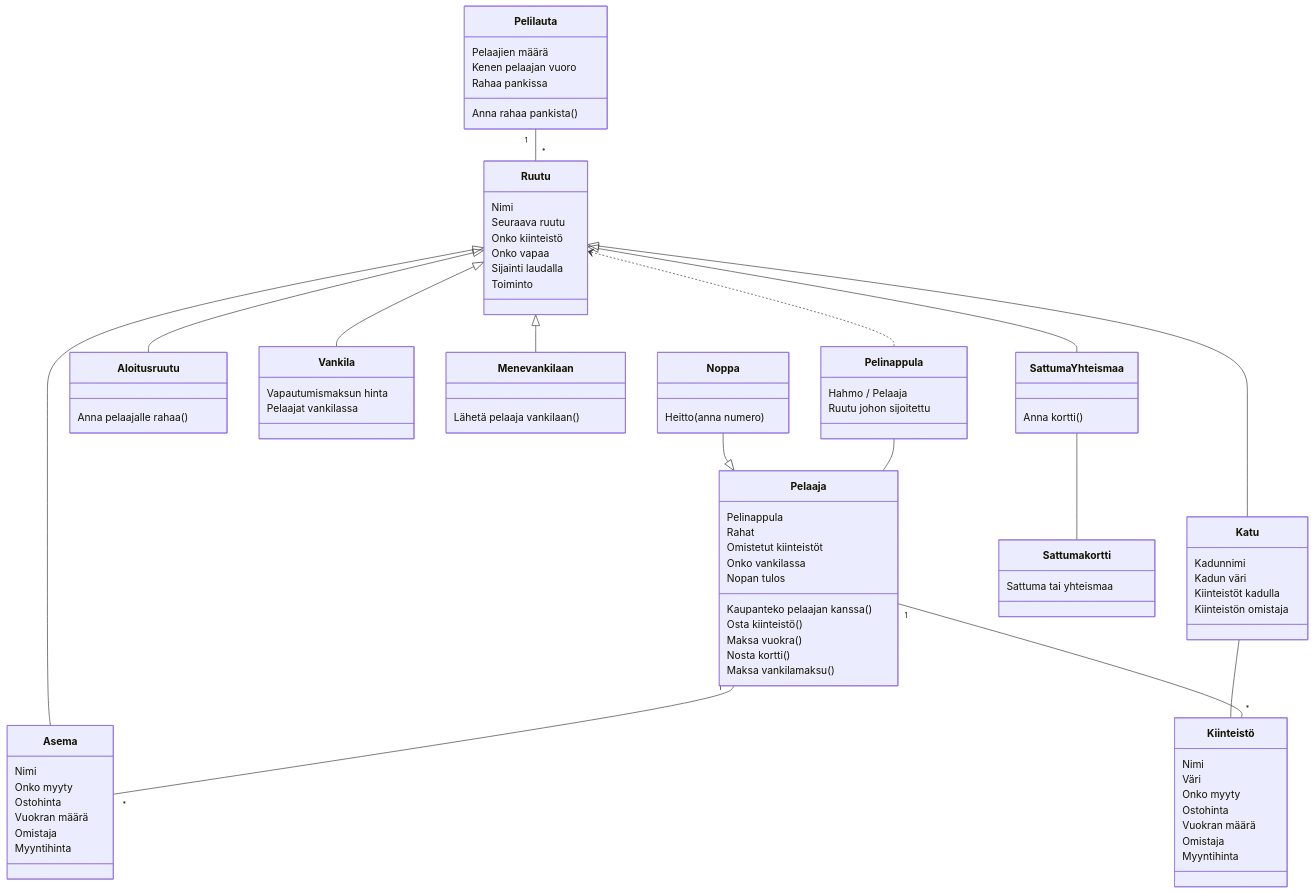
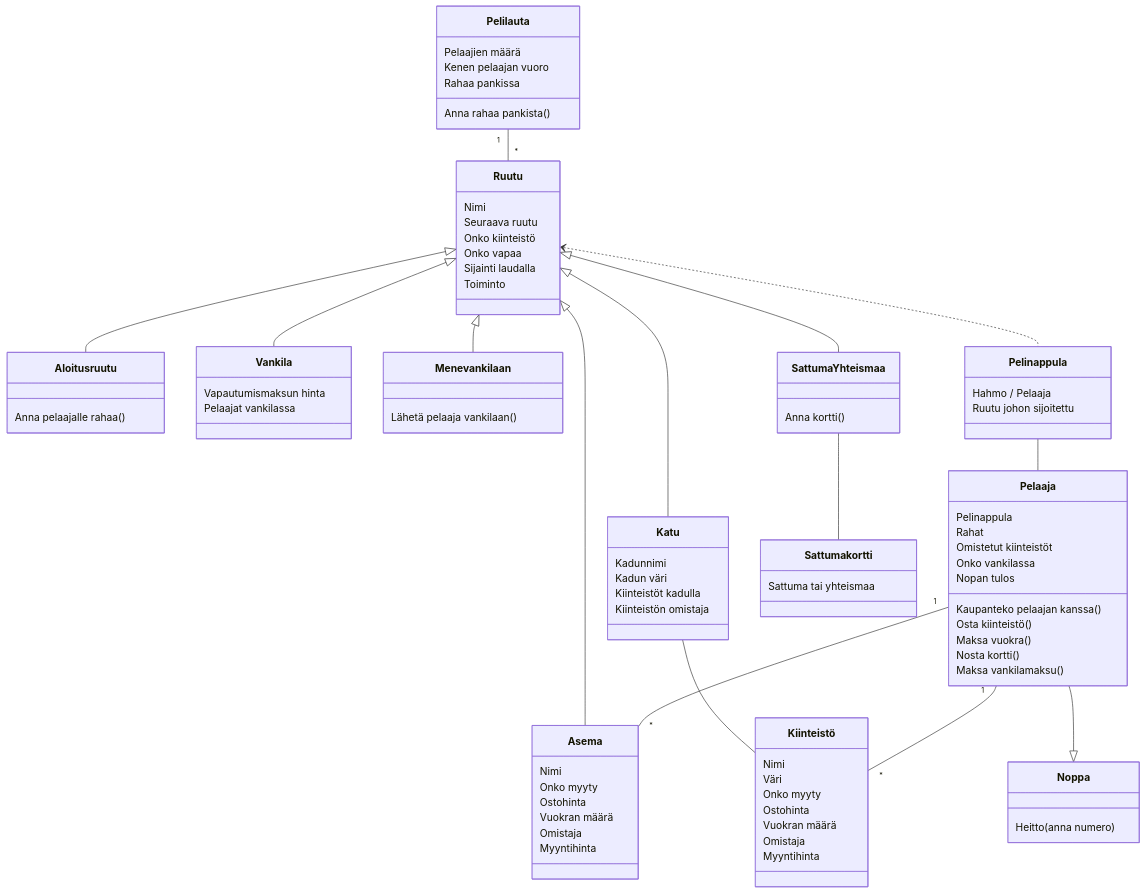
One commit to kodtld/TravelHub changed the diagram in laskarit/viikko3/luokkakaavio.md. Above: the diagram before and after it, drawn with Mermaid.

````diff
--- a/laskarit/viikko3/luokkakaavio.md
+++ b/laskarit/viikko3/luokkakaavio.md
@@ -1,7 +1,7 @@
 ```mermaid
  classDiagram
       
-      Noppa  --|> Pelaaja
+      Pelaaja  --|> Noppa
       Ruutu  <|-- Aloitusruutu
       Ruutu  <|-- Vankila
       Ruutu  <|-- Menevankilaan
````
